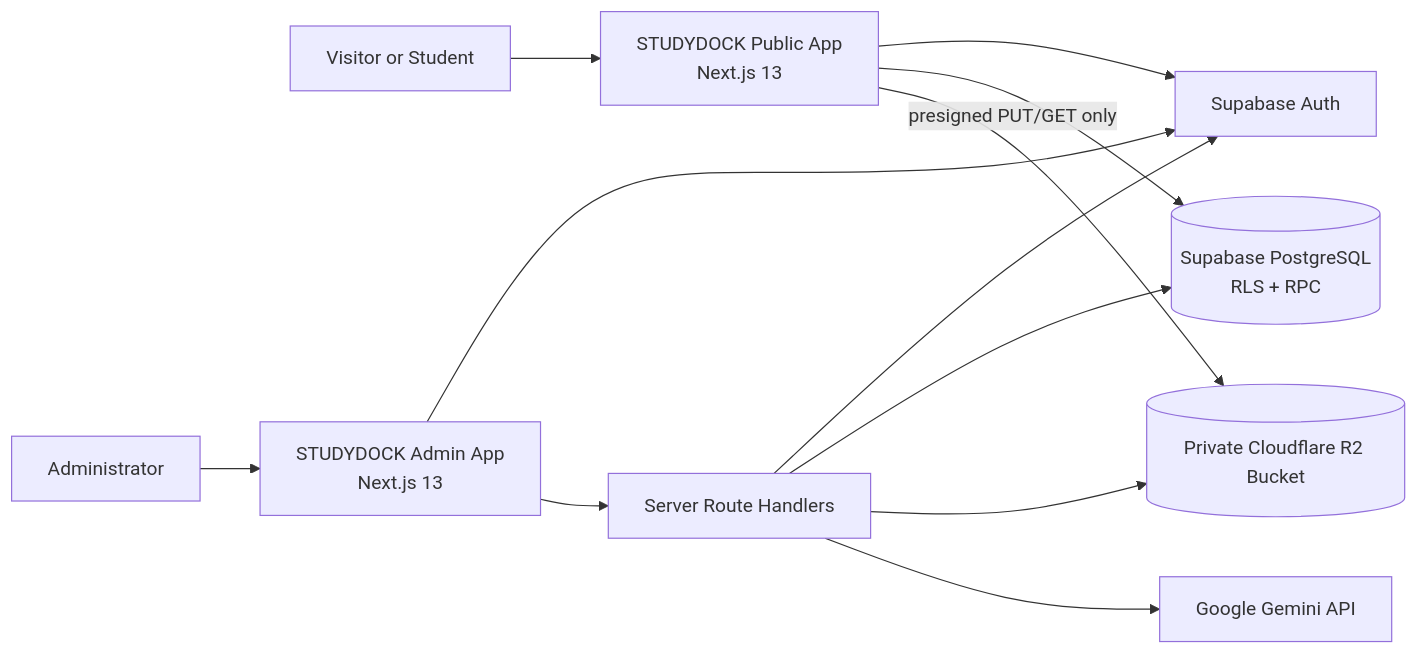
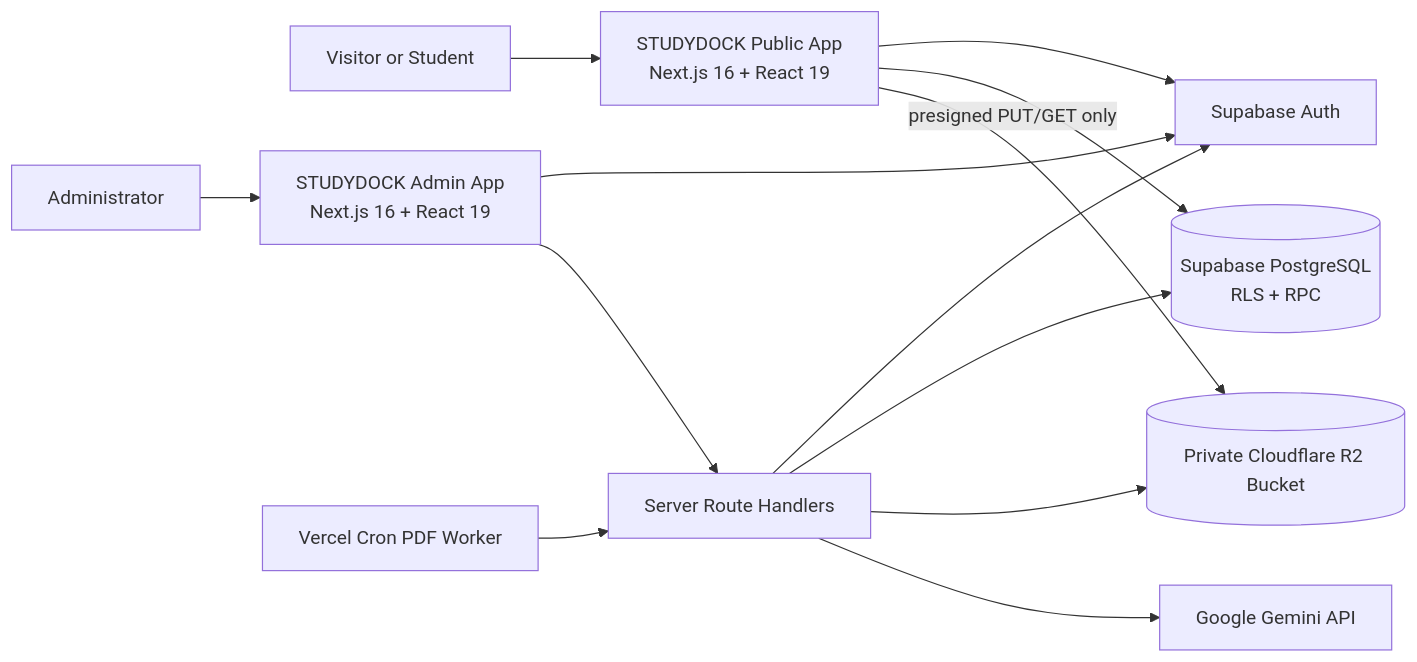
Before and after one commit to addin26/Student-doc-portal: the diagram in docs/srs_document.md, drawn with Mermaid. The commit also changed other lines of this file and 52 other files, not shown here.

````diff
--- a/docs/srs_document.md
+++ b/docs/srs_document.md
@@ -68,24 +68,26 @@
 ```mermaid
 flowchart LR
     Visitor[Visitor or Student]
     Admin[Administrator]
-    Public[STUDYDOCK Public App\nNext.js 13]
-    AdminApp[STUDYDOCK Admin App\nNext.js 13]
+    Public[STUDYDOCK Public App\nNext.js 16 + React 19]
+    AdminApp[STUDYDOCK Admin App\nNext.js 16 + React 19]
     API[Server Route Handlers]
     Auth[Supabase Auth]
     DB[(Supabase PostgreSQL\nRLS + RPC)]
     R2[(Private Cloudflare R2 Bucket)]
     Gemini[Google Gemini API]
+    Worker[Vercel Cron PDF Worker]
 
     Visitor --> Public
     Admin --> AdminApp
     Public --> Auth
     AdminApp --> Auth
     Public --> DB
     AdminApp --> API
     API --> Auth
     API --> DB
     API --> R2
     API --> Gemini
+    Worker --> API
     Public -->|presigned PUT/GET only| R2
 ```
````
